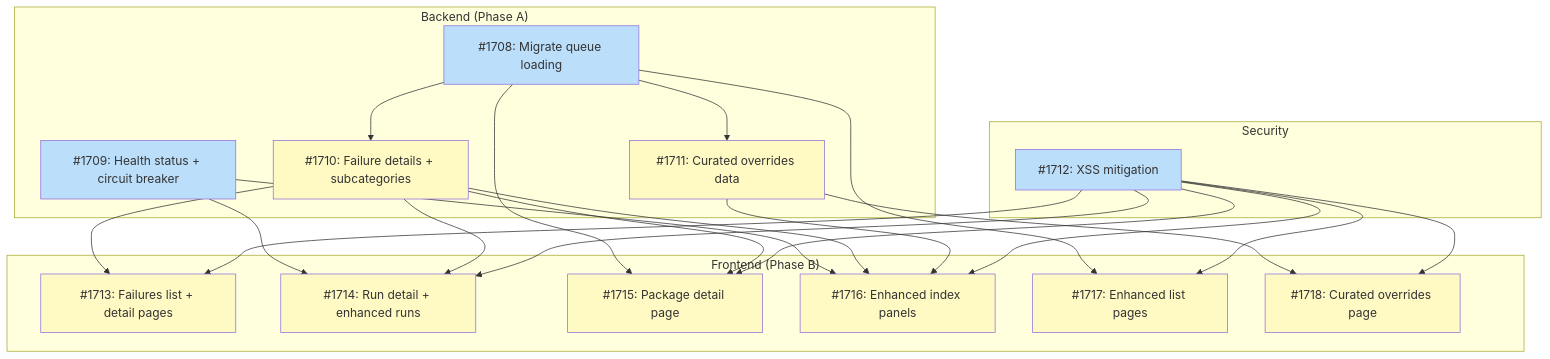
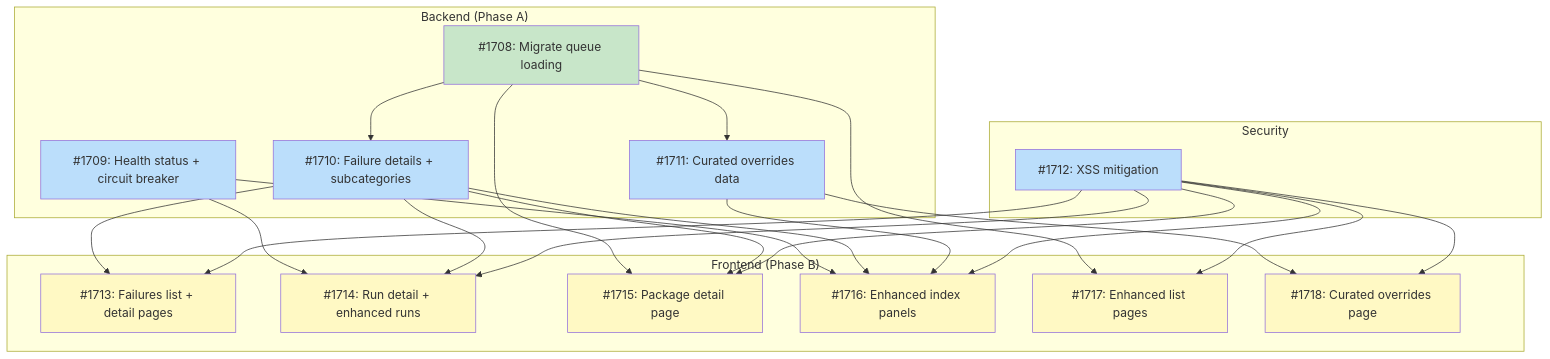
One commit to tsukumogami/tsuku changed the first of 3 diagrams in docs/designs/DESIGN-dashboard-observability.md. Above: the diagram before and after it, drawn with Mermaid. The commit also changed other lines of this file, not shown here.

Commit message:
docs(design): mark #1708 complete in dashboard observability design
Update dependency graph: #1710 and #1711 now ready (all blockers done).

````diff
--- a/docs/designs/DESIGN-dashboard-observability.md
+++ b/docs/designs/DESIGN-dashboard-observability.md
@@ -67,49 +67,51 @@
 ```mermaid
 graph TD
     subgraph Backend["Backend (Phase A)"]
         I1708["#1708: Migrate queue loading"]
         I1709["#1709: Health status + circuit breaker"]
         I1710["#1710: Failure details + subcategories"]
         I1711["#1711: Curated overrides data"]
     end
 
     subgraph Security["Security"]
         I1712["#1712: XSS mitigation"]
     end
 
     subgraph Frontend["Frontend (Phase B)"]
         I1713["#1713: Failures list + detail pages"]
         I1714["#1714: Run detail + enhanced runs"]
         I1715["#1715: Package detail page"]
         I1716["#1716: Enhanced index panels"]
         I1717["#1717: Enhanced list pages"]
         I1718["#1718: Curated overrides page"]
     end
 
     I1708 --> I1710
     I1708 --> I1711
     I1708 --> I1715
     I1708 --> I1717
     I1710 --> I1713
     I1712 --> I1713
     I1709 --> I1714
     I1710 --> I1714
     I1712 --> I1714
     I1710 --> I1715
     I1712 --> I1715
     I1709 --> I1716
     I1710 --> I1716
     I1711 --> I1716
     I1712 --> I1716
     I1712 --> I1717
     I1711 --> I1718
     I1712 --> I1718
 
     classDef done fill:#c8e6c9
     classDef ready fill:#bbdefb
     classDef blocked fill:#fff9c4
     classDef needsDesign fill:#e1bee7
 
-    class I1708,I1709,I1712 ready
-    class I1710,I1711,I1713,I1714,I1715,I1716,I1717,I1718 blocked
+    class I1708 done
+    class I1709,I1712 ready
+    class I1710,I1711 ready
+    class I1713,I1714,I1715,I1716,I1717,I1718 blocked
 ```
````
